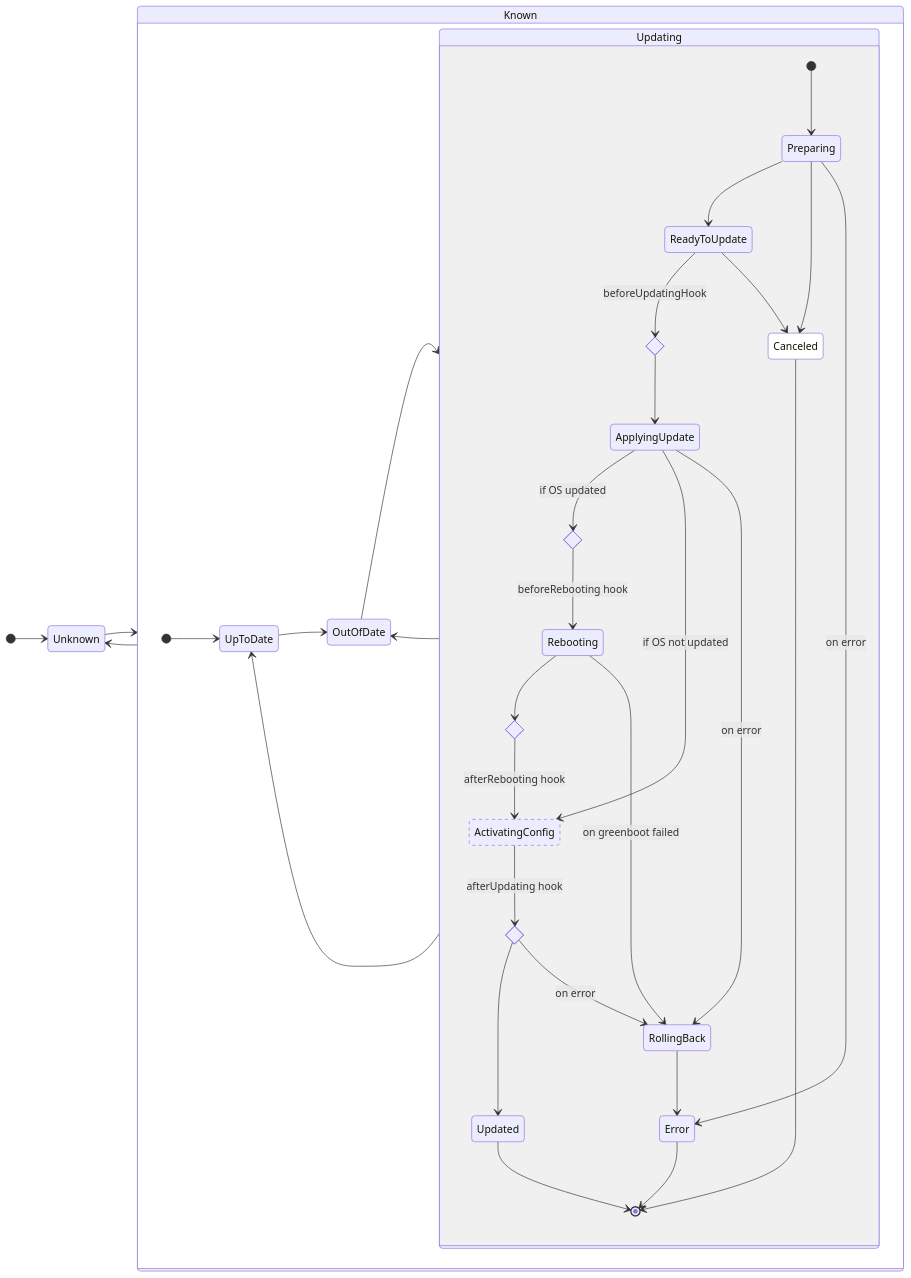
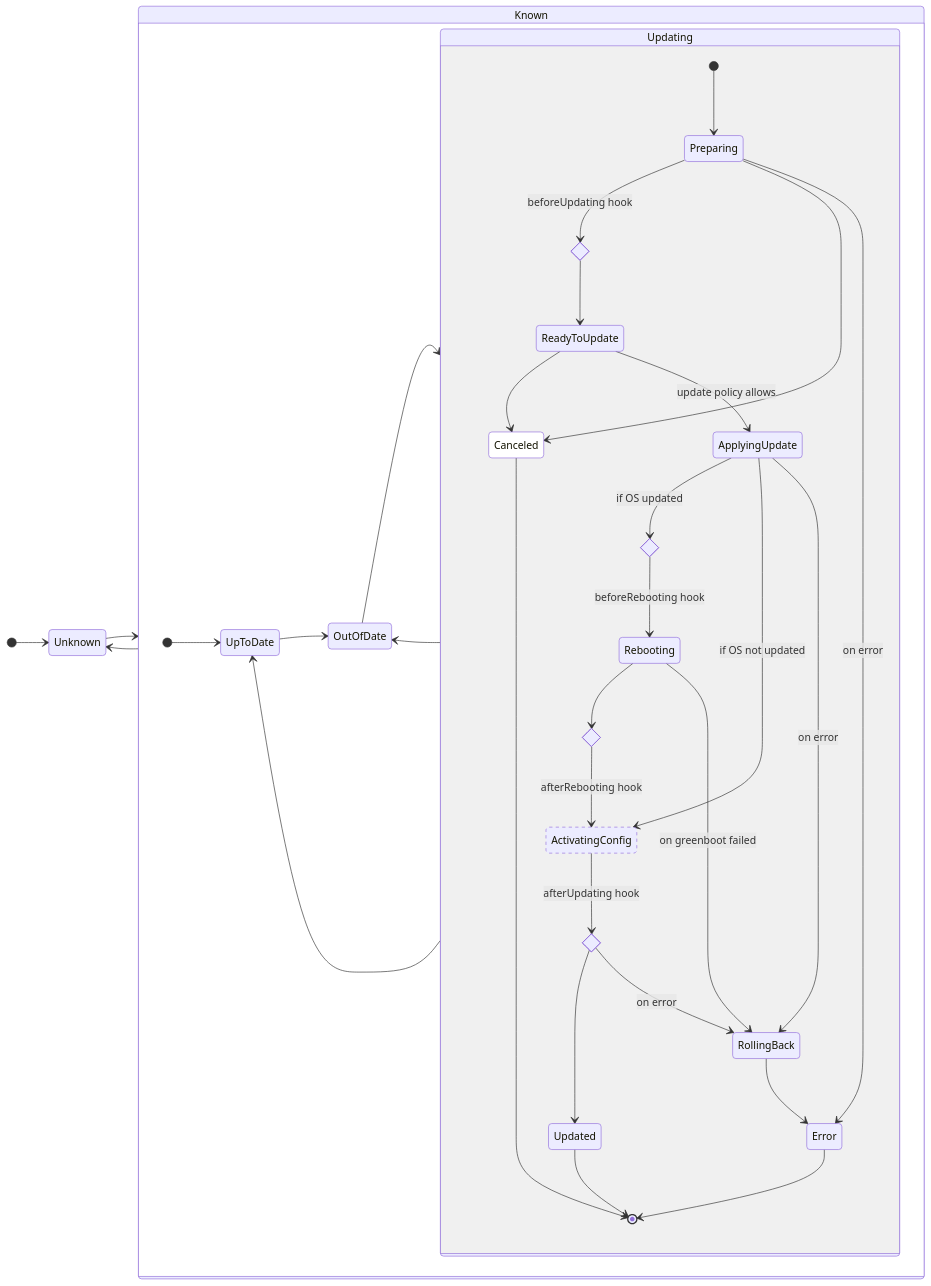
Before and after one commit to flightctl/flightctl: the second of 4 diagrams in docs/user/references/device-api-statuses.md, drawn with Mermaid. The commit also changed other lines of this file and 2 other files, not shown here.

Commit message:
EDM-6719: Preserve update stage during policy waits

````diff
--- a/docs/user/references/device-api-statuses.md
+++ b/docs/user/references/device-api-statuses.md
@@ -114,56 +114,56 @@
 ```mermaid
 stateDiagram
     classDef transientNotReported stroke-dasharray:5 5
     class ActivatingConfig transientNotReported
 
     classDef notYetSupported fill:white
     class Canceled notYetSupported
 
     direction LR
 
     Unknown
     state Known {
         direction LR
 
         UpToDate
         state Updating {
             state beforeUpdatingHook <<choice>>
             state beforeRebootingHook <<choice>>
             state afterRebootingHook <<choice>>
             state afterUpdatingHook <<choice>>
 
             [*] --> Preparing
-            Preparing --> ReadyToUpdate
+            Preparing --> beforeUpdatingHook: beforeUpdating hook
+            beforeUpdatingHook --> ReadyToUpdate
             Preparing --> Canceled
             Preparing --> Error: on error
-            ReadyToUpdate --> beforeUpdatingHook: beforeUpdatingHook
             ReadyToUpdate --> Canceled
-            beforeUpdatingHook --> ApplyingUpdate
+            ReadyToUpdate --> ApplyingUpdate: update policy allows
             ApplyingUpdate --> beforeRebootingHook: if OS updated
             ApplyingUpdate --> ActivatingConfig: if OS not updated
             ApplyingUpdate --> RollingBack: on error
             beforeRebootingHook --> Rebooting: beforeRebooting hook
             Rebooting --> afterRebootingHook
             afterRebootingHook --> ActivatingConfig: afterRebooting hook
             Rebooting --> RollingBack: on greenboot failed
             ActivatingConfig --> afterUpdatingHook: afterUpdating hook
             afterUpdatingHook --> Updated
             afterUpdatingHook --> RollingBack: on error
             RollingBack --> Error
 
             Updated --> [*]
             Canceled --> [*]
             Error --> [*]
         }
 
         [*] --> UpToDate
         UpToDate --> OutOfDate
         OutOfDate --> Updating
         Updating --> UpToDate
         Updating --> OutOfDate
     }
 
     [*] --> Unknown
     Unknown --> Known
     Known --> Unknown
 ```
````
